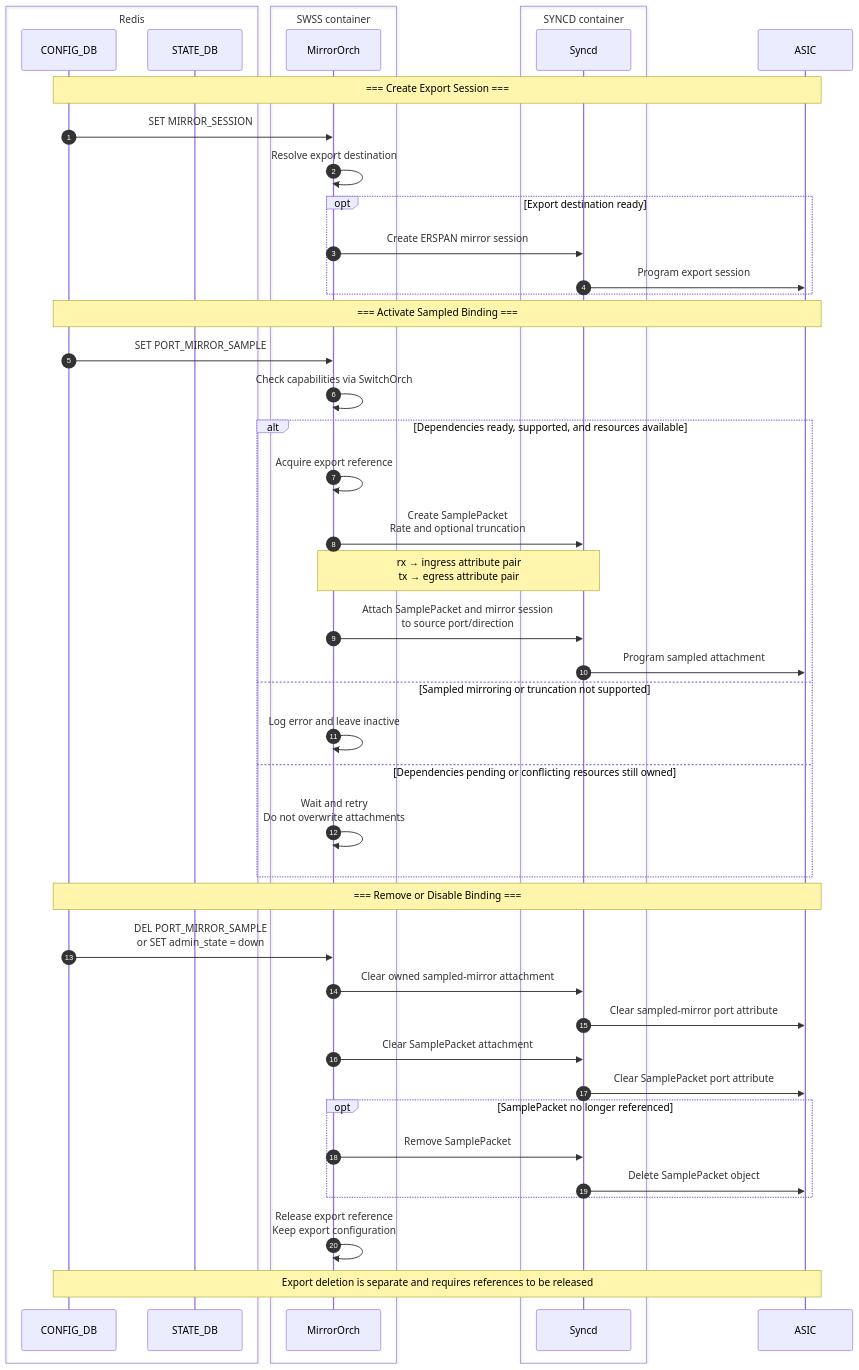
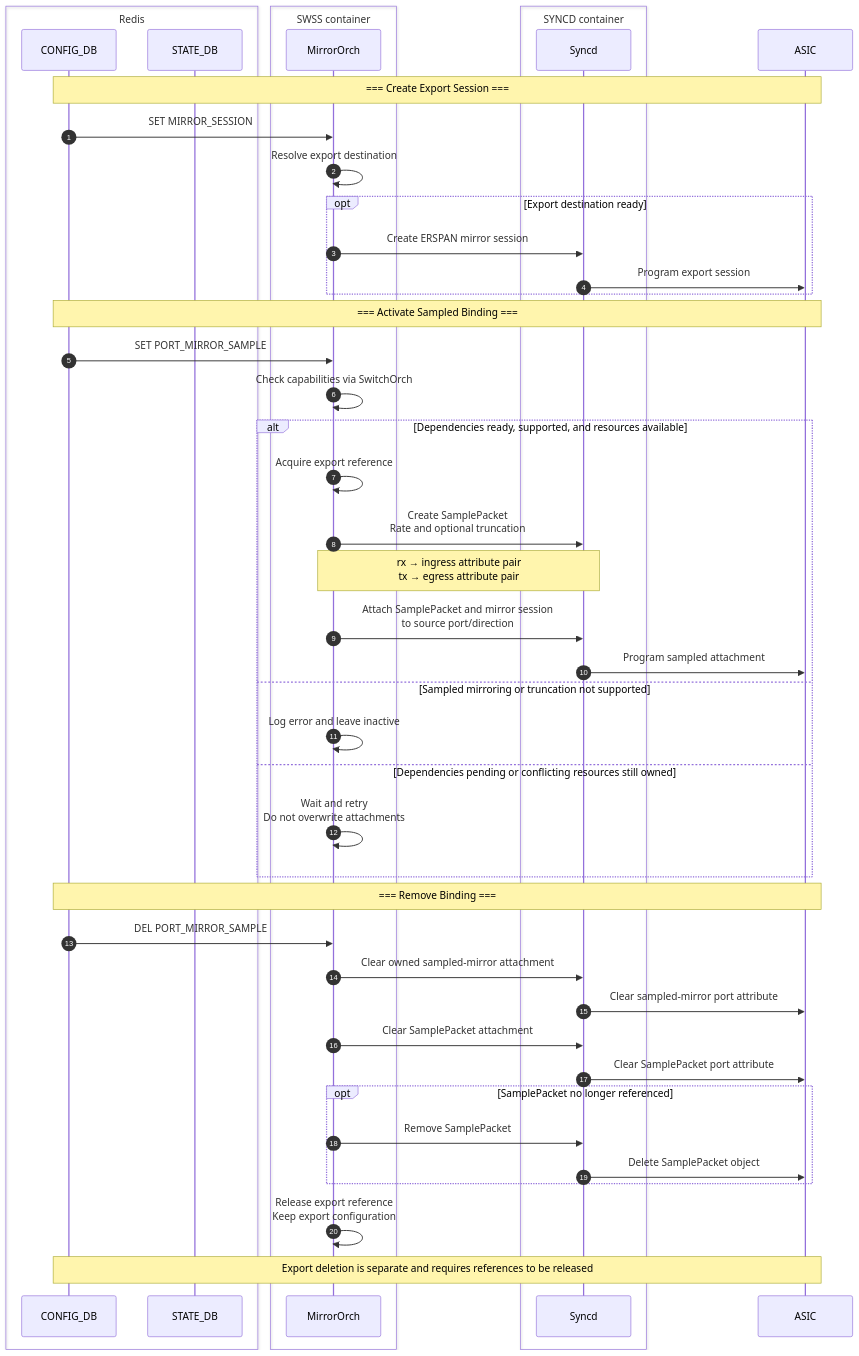
One commit to sonic-net/SONiC changed the third of 3 diagrams in doc/port-mirroring/SONiC_Port_Mirroring_HLD.md. Above: the diagram before and after it, drawn with Mermaid. The commit also changed other lines of this file, not shown here.

Commit message:
[HLD][Port Mirror] Clarify PortChannel capabilities and sampled source configuration

````diff
--- a/doc/port-mirroring/SONiC_Port_Mirroring_HLD.md
+++ b/doc/port-mirroring/SONiC_Port_Mirroring_HLD.md
@@ -816,48 +816,48 @@
 ```mermaid
 sequenceDiagram
      autonumber
      box Redis
          participant config_db as CONFIG_DB
          participant state_db as STATE_DB
      end
      box SWSS container
          participant mirror_orch as MirrorOrch
      end
      box SYNCD container
          participant syncd as Syncd
      end
      participant asic as ASIC
      Note over config_db,asic: === Create Export Session ===
      config_db ->> mirror_orch: SET MIRROR_SESSION
      mirror_orch ->> mirror_orch: Resolve export destination
      opt Export destination ready
          mirror_orch ->> syncd: Create ERSPAN mirror session
          syncd ->> asic: Program export session
      end
      Note over config_db,asic: === Activate Sampled Binding ===
      config_db ->> mirror_orch: SET PORT_MIRROR_SAMPLE
      mirror_orch ->> mirror_orch: Check capabilities via SwitchOrch
      alt Dependencies ready, supported, and resources available
          mirror_orch ->> mirror_orch: Acquire export reference
          mirror_orch ->> syncd: Create SamplePacket<br/>Rate and optional truncation
          Note over mirror_orch,syncd: rx → ingress attribute pair<br/>tx → egress attribute pair
          mirror_orch ->> syncd: Attach SamplePacket and mirror session<br/>to source port/direction
          syncd ->> asic: Program sampled attachment
      else Sampled mirroring or truncation not supported
          mirror_orch ->> mirror_orch: Log error and leave inactive
      else Dependencies pending or conflicting resources still owned
          mirror_orch ->> mirror_orch: Wait and retry<br/>Do not overwrite attachments
      end
-     Note over config_db,asic: === Remove or Disable Binding ===
-     config_db ->> mirror_orch: DEL PORT_MIRROR_SAMPLE<br/>or SET admin_state = down
+     Note over config_db,asic: === Remove Binding ===
+     config_db ->> mirror_orch: DEL PORT_MIRROR_SAMPLE
      mirror_orch ->> syncd: Clear owned sampled-mirror attachment
      syncd ->> asic: Clear sampled-mirror port attribute
      mirror_orch ->> syncd: Clear SamplePacket attachment
      syncd ->> asic: Clear SamplePacket port attribute
      opt SamplePacket no longer referenced
          mirror_orch ->> syncd: Remove SamplePacket
          syncd ->> asic: Delete SamplePacket object
      end
      mirror_orch ->> mirror_orch: Release export reference<br/>Keep export configuration
      Note over config_db,asic: Export deletion is separate and requires references to be released
 ```
````
